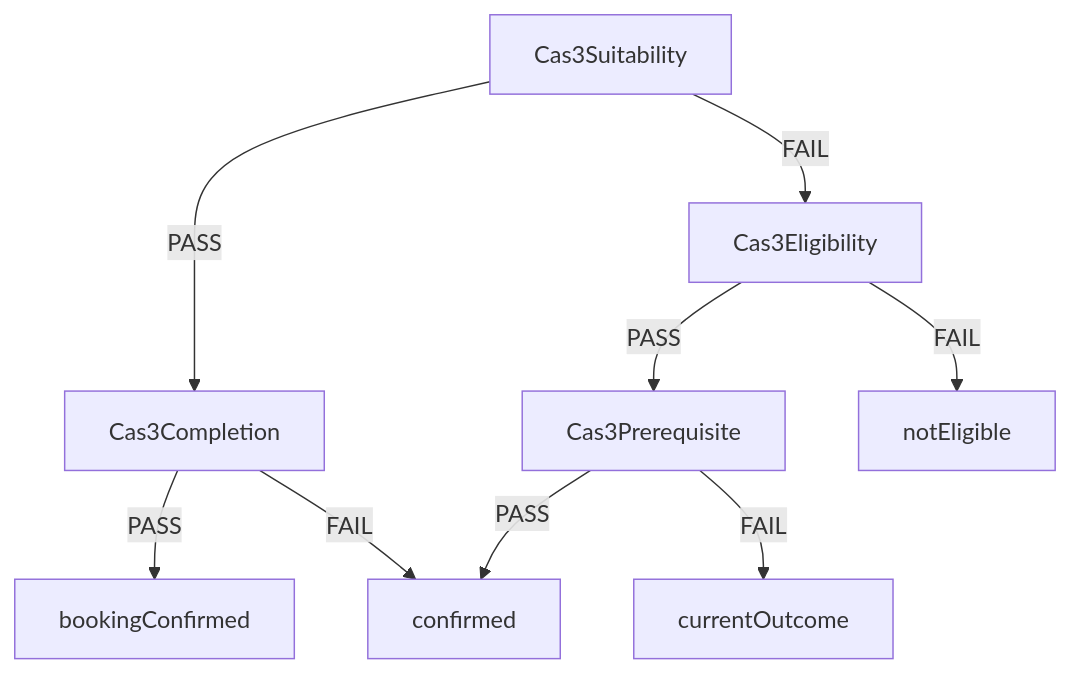
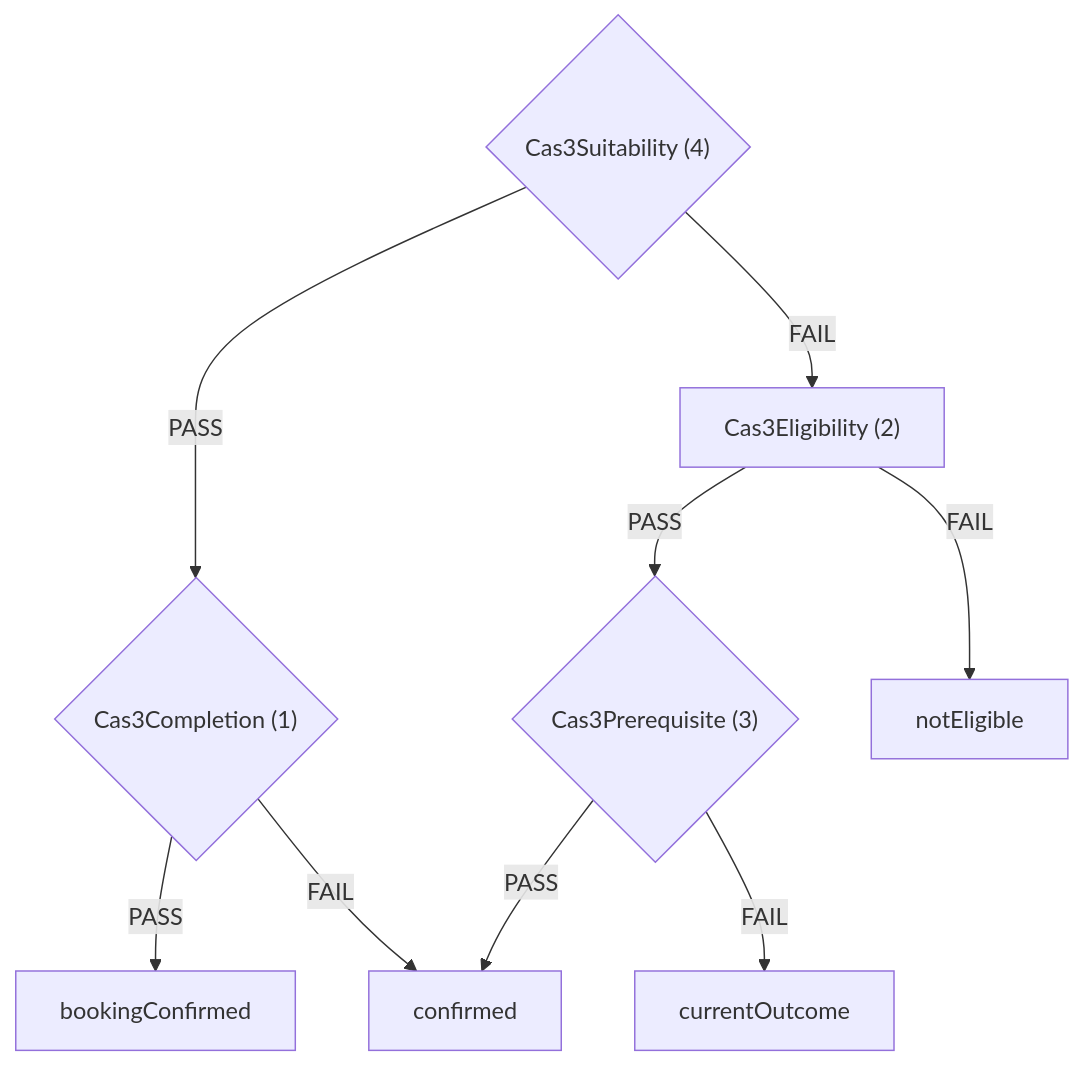
The third of 6 diagrams in docs/eligibility-rules-graph.md (ministryofjustice/hmpps-single-accommodation-service-api), drawn with Mermaid before and after one commit. The commit also changed other lines of this file and 35 other files, not shown here.

````diff
--- a/docs/eligibility-rules-graph.md
+++ b/docs/eligibility-rules-graph.md
@@ -109,19 +163,19 @@
 ```mermaid
 flowchart TD
-  Cas3Suitability["Cas3Suitability"]
-  Cas3Completion["Cas3Completion"]
+  Cas3Suitability{"Cas3Suitability (4)"}
+  Cas3Completion{"Cas3Completion (1)"}
   bookingConfirmed["bookingConfirmed"]
   confirmed["confirmed"]
-  Cas3Eligibility["Cas3Eligibility"]
-  Cas3Prerequisite["Cas3Prerequisite"]
+  Cas3Eligibility["Cas3Eligibility (2)"]
+  Cas3Prerequisite{"Cas3Prerequisite (3)"}
   currentOutcome["currentOutcome"]
   notEligible["notEligible"]
   Cas3Completion -->|PASS| bookingConfirmed
   Cas3Completion -->|FAIL| confirmed
   Cas3Prerequisite -->|PASS| confirmed
   Cas3Prerequisite -->|FAIL| currentOutcome
   Cas3Eligibility -->|PASS| Cas3Prerequisite
   Cas3Eligibility -->|FAIL| notEligible
   Cas3Suitability -->|PASS| Cas3Completion
   Cas3Suitability -->|FAIL| Cas3Eligibility
 ```
````
